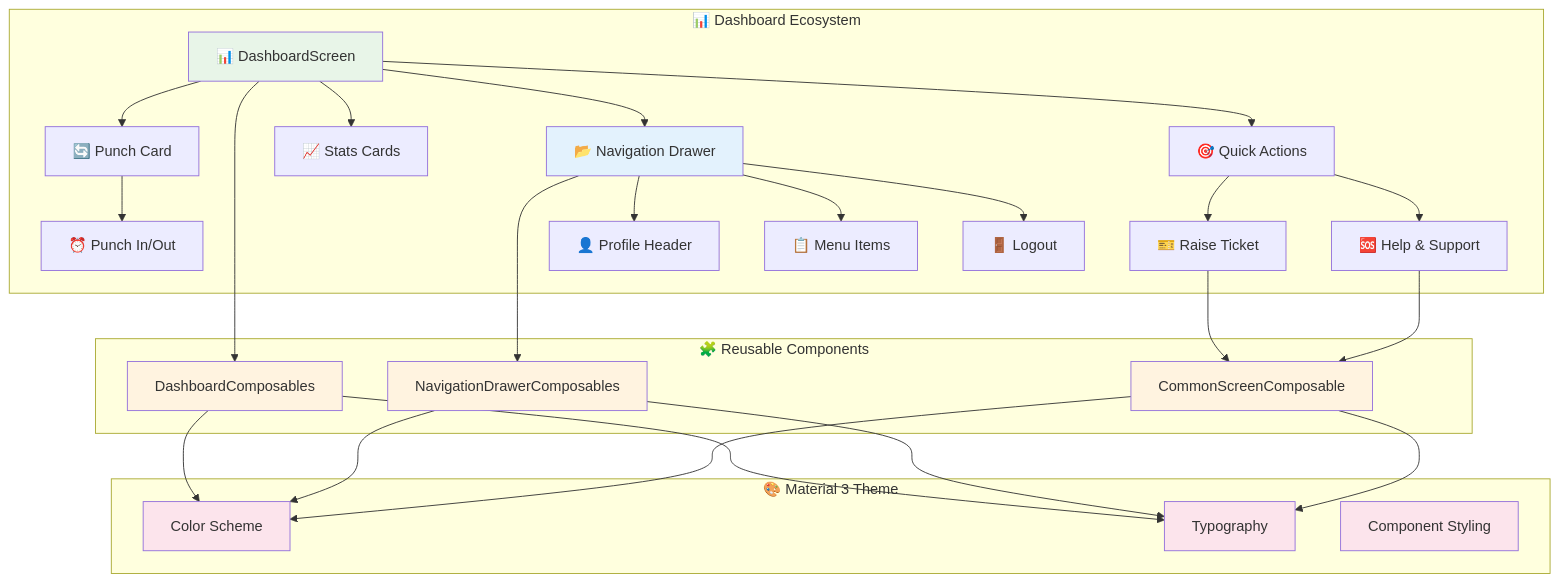
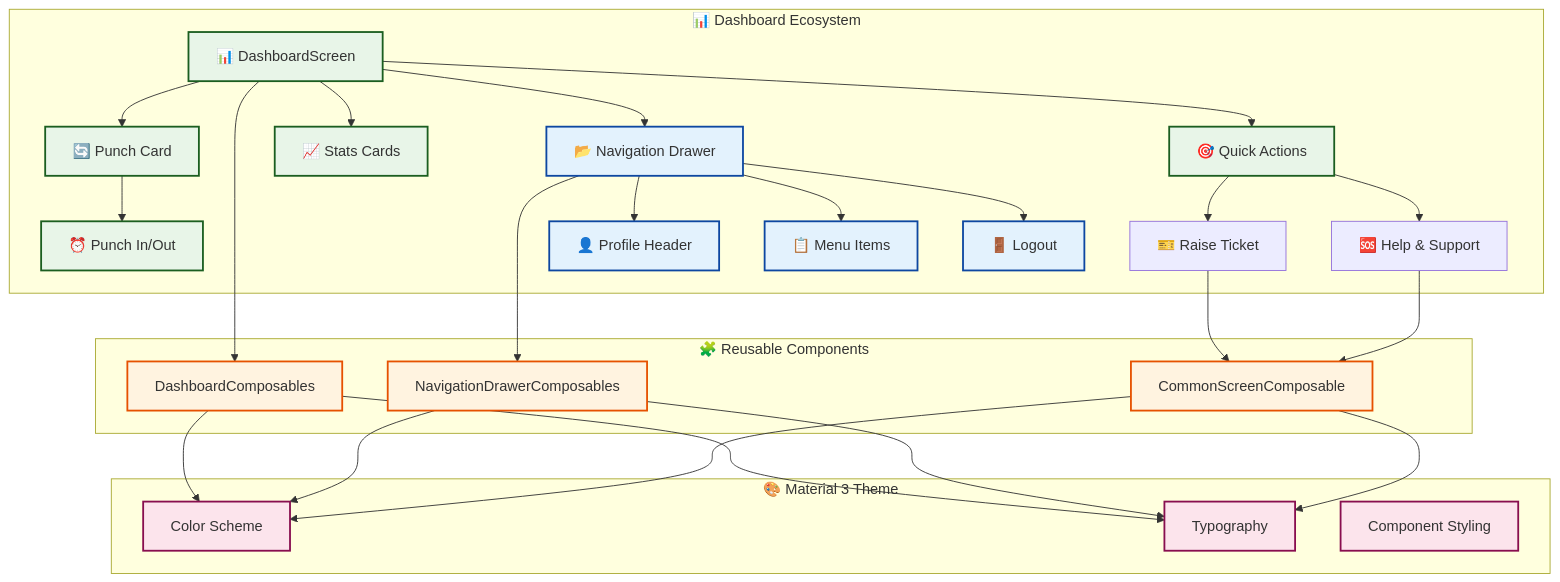
One commit to deshkaustubh/Internship1Project changed the third of 4 diagrams in README.md. Above: the diagram before and after it, drawn with Mermaid. The commit also changed other lines of this file, not shown here.

````diff
--- a/README.md
+++ b/README.md
@@ -206,51 +215,52 @@
 ```mermaid
 flowchart TB
     subgraph "📊 Dashboard Ecosystem"
         A[📊 DashboardScreen] --> B[🔄 Punch Card]
         A --> C[🎯 Quick Actions]
         A --> D[📈 Stats Cards]
         A --> E[📂 Navigation Drawer]
         
         B --> F[⏰ Punch In/Out]
         C --> G[🎫 Raise Ticket]
         C --> H[🆘 Help & Support]
         
         E --> I[👤 Profile Header]
         E --> J[📋 Menu Items]
         E --> K[🚪 Logout]
     end
     
     subgraph "🧩 Reusable Components"
         L[CommonScreenComposable]
         M[DashboardComposables]
         N[NavigationDrawerComposables]
     end
     
     subgraph "🎨 Material 3 Theme"
         O[Color Scheme]
         P[Typography]
         Q[Component Styling]
     end
     
     A --> M
     E --> N
     G --> L
     H --> L
     
     M --> O
     N --> O
     L --> O
     
     M --> P
     N --> P
     L --> P
     
-    style A fill:#e8f5e8
-    style E fill:#e3f2fd
-    style L fill:#fff3e0
-    style M fill:#fff3e0
-    style N fill:#fff3e0
-    style O fill:#fce4ec
-    style P fill:#fce4ec
-    style Q fill:#fce4ec
+    classDef dashboard fill:#e8f5e8,stroke:#1b5e20,stroke-width:2px
+    classDef drawer fill:#e3f2fd,stroke:#0d47a1,stroke-width:2px
+    classDef components fill:#fff3e0,stroke:#e65100,stroke-width:2px
+    classDef theme fill:#fce4ec,stroke:#880e4f,stroke-width:2px
+    
+    class A,B,C,D,F dashboard
+    class E,I,J,K drawer
+    class L,M,N components
+    class O,P,Q theme
 ```
````
